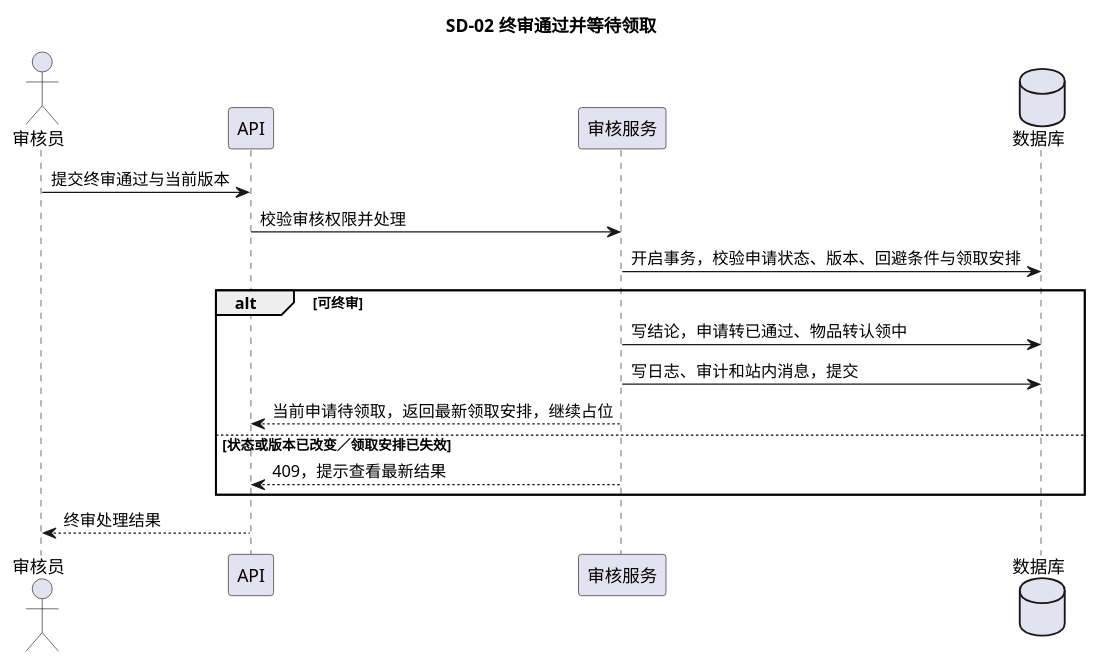
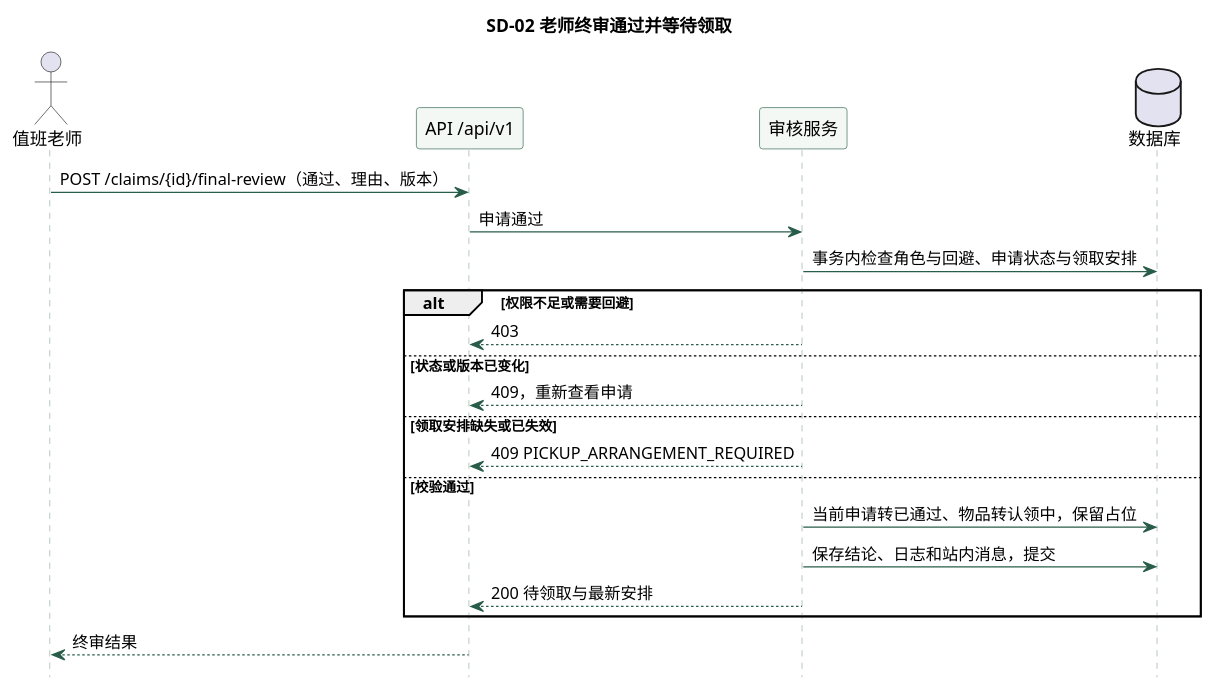
The diagram in models/sequence/sd02-final-review.puml (phao90016-jpg/Tongji-campus-lost-found), drawn with PlantUML before and after one commit. The commit also changed 30 other files, not shown here.

Commit message:
docs: 修正用例图和通知时序图

```diff
--- a/models/sequence/sd02-final-review.puml
+++ b/models/sequence/sd02-final-review.puml
@@ -1,23 +1,34 @@
 @startuml sd02-final-review
-title SD-02 终审通过并等待领取
-
+title SD-02 老师终审通过并等待领取
 skinparam defaultFontName "PingFang SC"
 skinparam shadowing false
+hide footbox
+skinparam sequence {
+  ArrowColor #285D49
+  LifeLineBorderColor #8CA69A
+  ParticipantBackgroundColor #F3F8F4
+  ParticipantBorderColor #285D49
+}
 
-actor "审核员" as U
-participant "API" as API
+
+actor "值班老师" as U
+participant "API /api/v1" as API
 participant "审核服务" as SVC
 database "数据库" as DB
 
-U -> API : 提交终审通过与当前版本
-API -> SVC : 校验审核权限并处理
-SVC -> DB : 开启事务，校验申请状态、版本、回避条件与领取安排
-alt 可终审
-  SVC -> DB : 写结论，申请转已通过、物品转认领中
-  SVC -> DB : 写日志、审计和站内消息，提交
-  SVC --> API : 当前申请待领取，返回最新领取安排，继续占位
-else 状态或版本已改变／领取安排已失效
-  SVC --> API : 409，提示查看最新结果
+U -> API : POST /claims/{id}/final-review（通过、理由、版本）
+API -> SVC : 申请通过
+SVC -> DB : 事务内检查角色与回避、申请状态与领取安排
+alt 权限不足或需要回避
+  SVC --> API : 403
+else 状态或版本已变化
+  SVC --> API : 409，重新查看申请
+else 领取安排缺失或已失效
+  SVC --> API : 409 PICKUP_ARRANGEMENT_REQUIRED
+else 校验通过
+  SVC -> DB : 当前申请转已通过、物品转认领中，保留占位
+  SVC -> DB : 保存结论、日志和站内消息，提交
+  SVC --> API : 200 待领取与最新安排
 end
-API --> U : 终审处理结果
+API --> U : 终审结果
 @enduml
```
